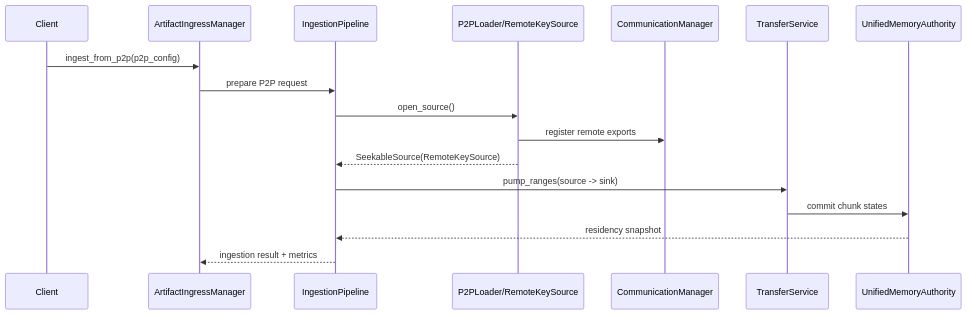
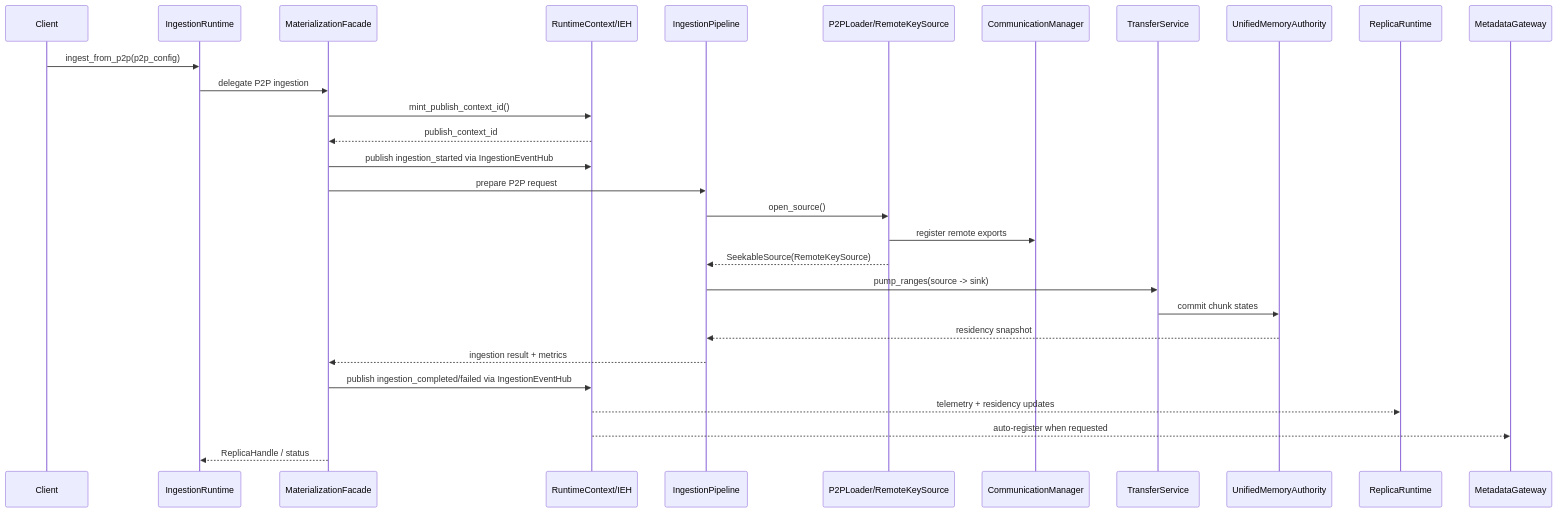
Before and after one commit to tensorcast-ai/tensorcast: the fourth of 4 diagrams in core/store/docs/architecture.md, drawn with Mermaid. The commit also changed other lines of this file and 101 other files, not shown here.

````diff
--- a/core/store/docs/architecture.md
+++ b/core/store/docs/architecture.md
@@ -228,20 +309,32 @@
 ```mermaid
 sequenceDiagram
     participant Client
-    participant AIM as ArtifactIngressManager
+    participant IR as IngestionRuntime
+    participant MF as MaterializationFacade
+    participant RC as RuntimeContext/IEH
     participant IP as IngestionPipeline
     participant Loader as P2PLoader/RemoteKeySource
     participant COMM as CommunicationManager
     participant TS as TransferService
     participant UMA as UnifiedMemoryAuthority
+    participant RR as ReplicaRuntime
+    participant MG as MetadataGateway
 
-    Client->>AIM: ingest_from_p2p(p2p_config)
-    AIM->>IP: prepare P2P request
+    Client->>IR: ingest_from_p2p(p2p_config)
+    IR->>MF: delegate P2P ingestion
+    MF->>RC: mint_publish_context_id()
+    RC-->>MF: publish_context_id
+    MF->>RC: publish ingestion_started via IngestionEventHub
+    MF->>IP: prepare P2P request
     IP->>Loader: open_source()
     Loader->>COMM: register remote exports
     Loader-->>IP: SeekableSource(RemoteKeySource)
     IP->>TS: pump_ranges(source -> sink)
     TS->>UMA: commit chunk states
     UMA-->>IP: residency snapshot
-    IP-->>AIM: ingestion result + metrics
+    IP-->>MF: ingestion result + metrics
+    MF->>RC: publish ingestion_completed/failed via IngestionEventHub
+    RC-->>RR: telemetry + residency updates
+    RC-->>MG: auto-register when requested
+    MF-->>IR: ReplicaHandle / status
 ```
````
